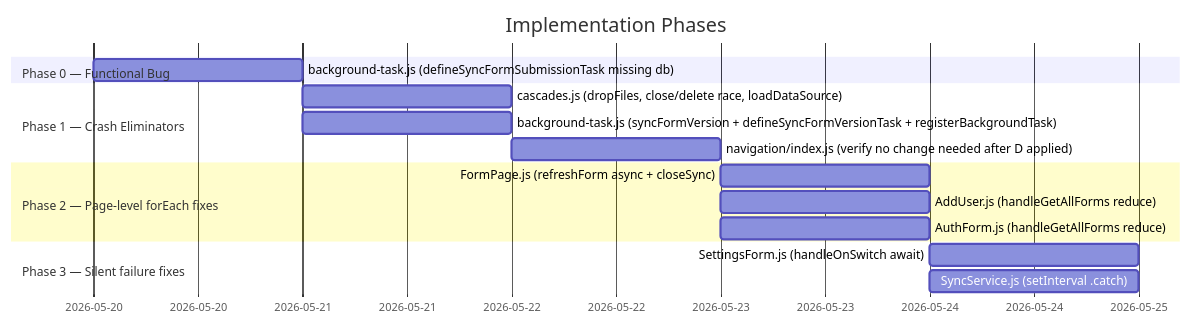
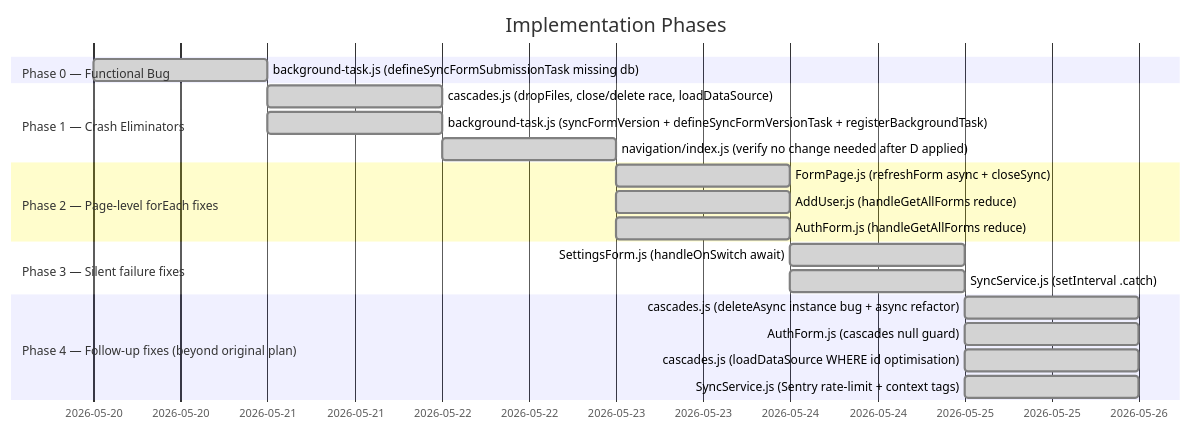
Before and after one commit to akvo/iwsims: the diagram in doc/claude/mobile-sqlite-issues/implementation-plan.md, drawn with Mermaid. The commit also changed other lines of this file, not shown here.

First line of the commit message:
[#220] docs: mark all SQLite implementation phases complete and document follow-up fixes

````diff
--- a/doc/claude/mobile-sqlite-issues/implementation-plan.md
+++ b/doc/claude/mobile-sqlite-issues/implementation-plan.md
@@ -7,21 +7,27 @@
 ```mermaid
 gantt
     title Implementation Phases
     dateFormat  YYYY-MM-DD
     section Phase 0 — Functional Bug
-    background-task.js (defineSyncFormSubmissionTask missing db) :p0, 2026-05-20, 1d
+    background-task.js (defineSyncFormSubmissionTask missing db) :done, p0, 2026-05-20, 1d
 
     section Phase 1 — Crash Eliminators
-    cascades.js (dropFiles, close/delete race, loadDataSource)       :p1a, after p0, 1d
-    background-task.js (syncFormVersion + defineSyncFormVersionTask + registerBackgroundTask) :p1b, after p0, 1d
-    navigation/index.js (verify no change needed after D applied)    :p1c, after p1b, 1d
+    cascades.js (dropFiles, close/delete race, loadDataSource)       :done, p1a, after p0, 1d
+    background-task.js (syncFormVersion + defineSyncFormVersionTask + registerBackgroundTask) :done, p1b, after p0, 1d
+    navigation/index.js (verify no change needed after D applied)    :done, p1c, after p1b, 1d
 
     section Phase 2 — Page-level forEach fixes
-    FormPage.js (refreshForm async + closeSync)                      :p2a, after p1c, 1d
-    AddUser.js (handleGetAllForms reduce)                            :p2b, after p1c, 1d
-    AuthForm.js (handleGetAllForms reduce)                           :p2c, after p1c, 1d
+    FormPage.js (refreshForm async + closeSync)                      :done, p2a, after p1c, 1d
+    AddUser.js (handleGetAllForms reduce)                            :done, p2b, after p1c, 1d
+    AuthForm.js (handleGetAllForms reduce)                           :done, p2c, after p1c, 1d
 
     section Phase 3 — Silent failure fixes
-    SettingsForm.js (handleOnSwitch await)                           :p3a, after p2a, 1d
-    SyncService.js (setInterval .catch)                              :p3b, after p2a, 1d
+    SettingsForm.js (handleOnSwitch await)                           :done, p3a, after p2a, 1d
+    SyncService.js (setInterval .catch)                              :done, p3b, after p2a, 1d
+
+    section Phase 4 — Follow-up fixes (beyond original plan)
+    cascades.js (deleteAsync instance bug + async refactor)          :done, p4a, after p3b, 1d
+    AuthForm.js (cascades null guard)                                :done, p4b, after p3b, 1d
+    cascades.js (loadDataSource WHERE id optimisation)               :done, p4c, after p3b, 1d
+    SyncService.js (Sentry rate-limit + context tags)                :done, p4d, after p3b, 1d
 ```
````
